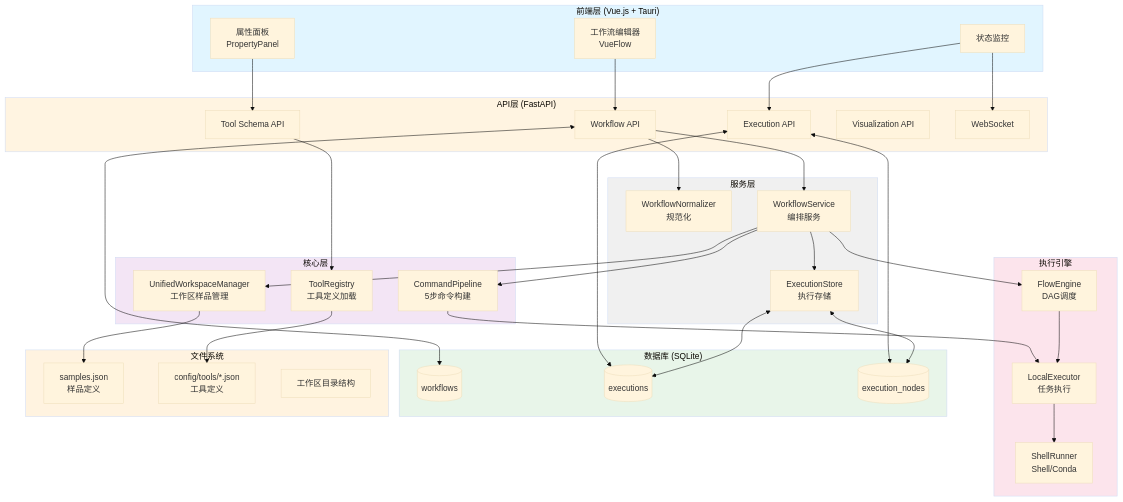
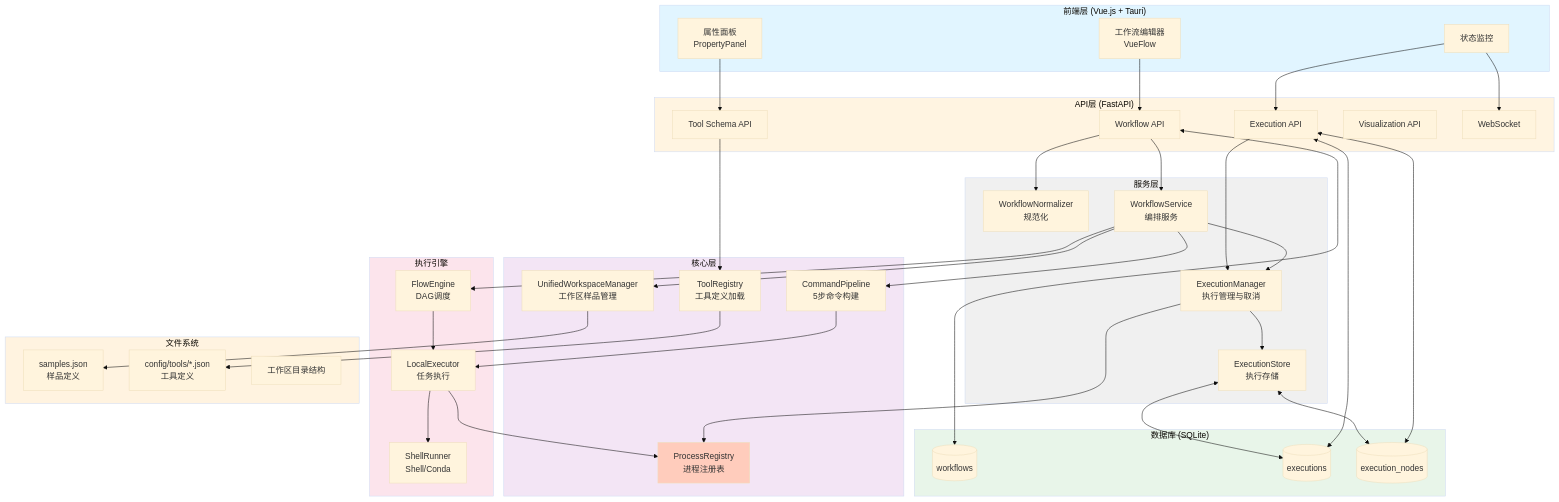
Before and after one commit to Computational-TDMS/TDEaseNext: the first of 2 diagrams in docs/ARCHITECTURE.md, drawn with Mermaid (base theme). The commit also changed other lines of this file and 118 other files, not shown here.

````diff
--- a/docs/ARCHITECTURE.md
+++ b/docs/ARCHITECTURE.md
@@ -188,11 +189,13 @@
         ToolRegistry[ToolRegistry<br/>工具定义加载]
         Pipeline[CommandPipeline<br/>5步命令构建]
         WorkspaceMgr[UnifiedWorkspaceManager<br/>工作区样品管理]
+        ProcessReg[ProcessRegistry<br/>进程注册表]
     end
 
     subgraph Services["服务层"]
         Normalizer[WorkflowNormalizer<br/>规范化]
         WFService[WorkflowService<br/>编排服务]
+        ExecMgr[ExecutionManager<br/>执行管理与取消]
         ExecStore[ExecutionStore<br/>执行存储]
     end
 
@@ -232,8 +235,12 @@
     WFService --> FlowEngine
     FlowEngine --> LocalExecutor
     LocalExecutor --> ShellRunner
+    LocalExecutor --> ProcessReg
 
-    WFService --> ExecStore
+    WFService --> ExecMgr
+    ExecMgr --> ExecStore
+    EXEC_API --> ExecMgr
+    ExecMgr --> ProcessReg
 
     WF_API <--> WF
     EXEC_API <--> EXEC
@@ -248,4 +255,5 @@
     style Database fill:#e8f5e9
     style Execution fill:#fce4ec
     style Files fill:#fff3e0
+    style ProcessReg fill:#ffccbc
 ```
````
